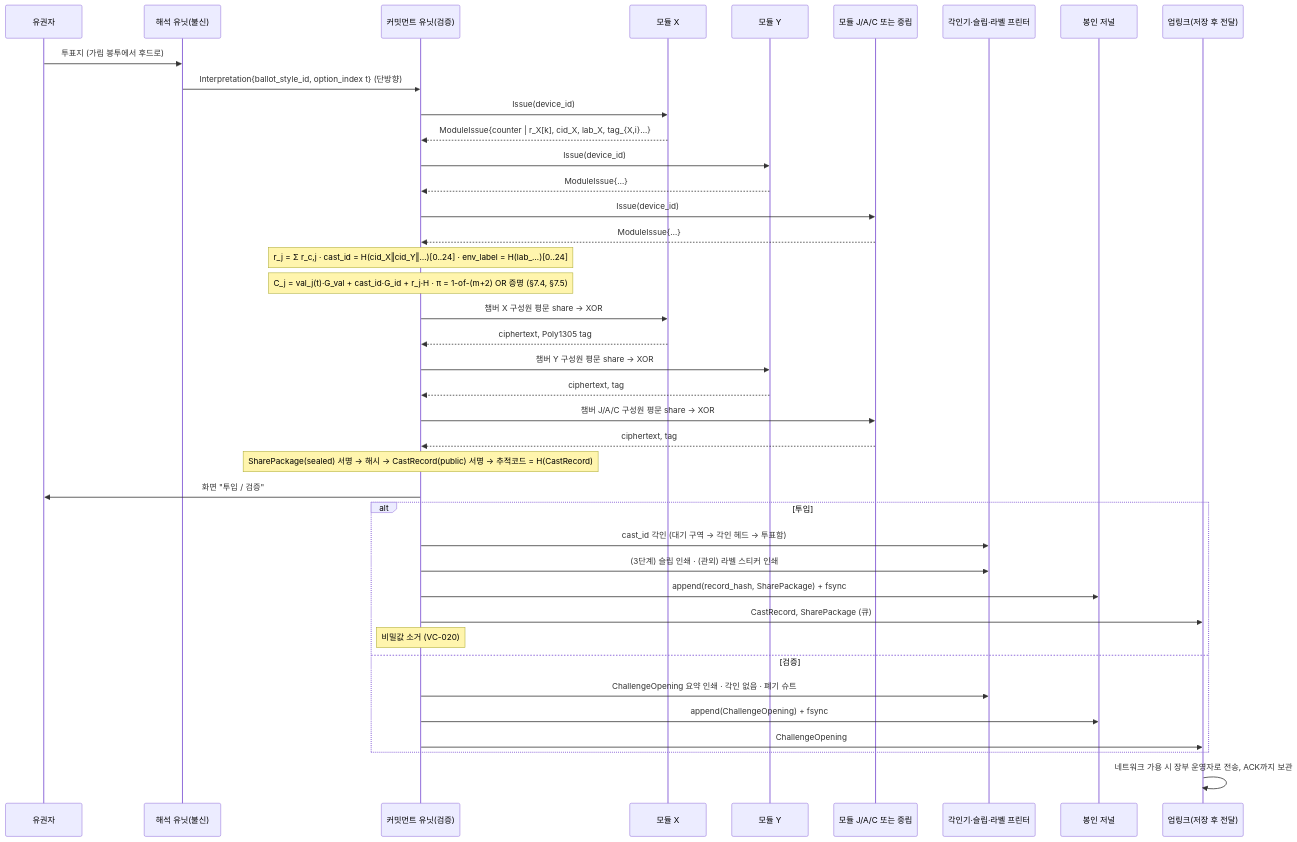
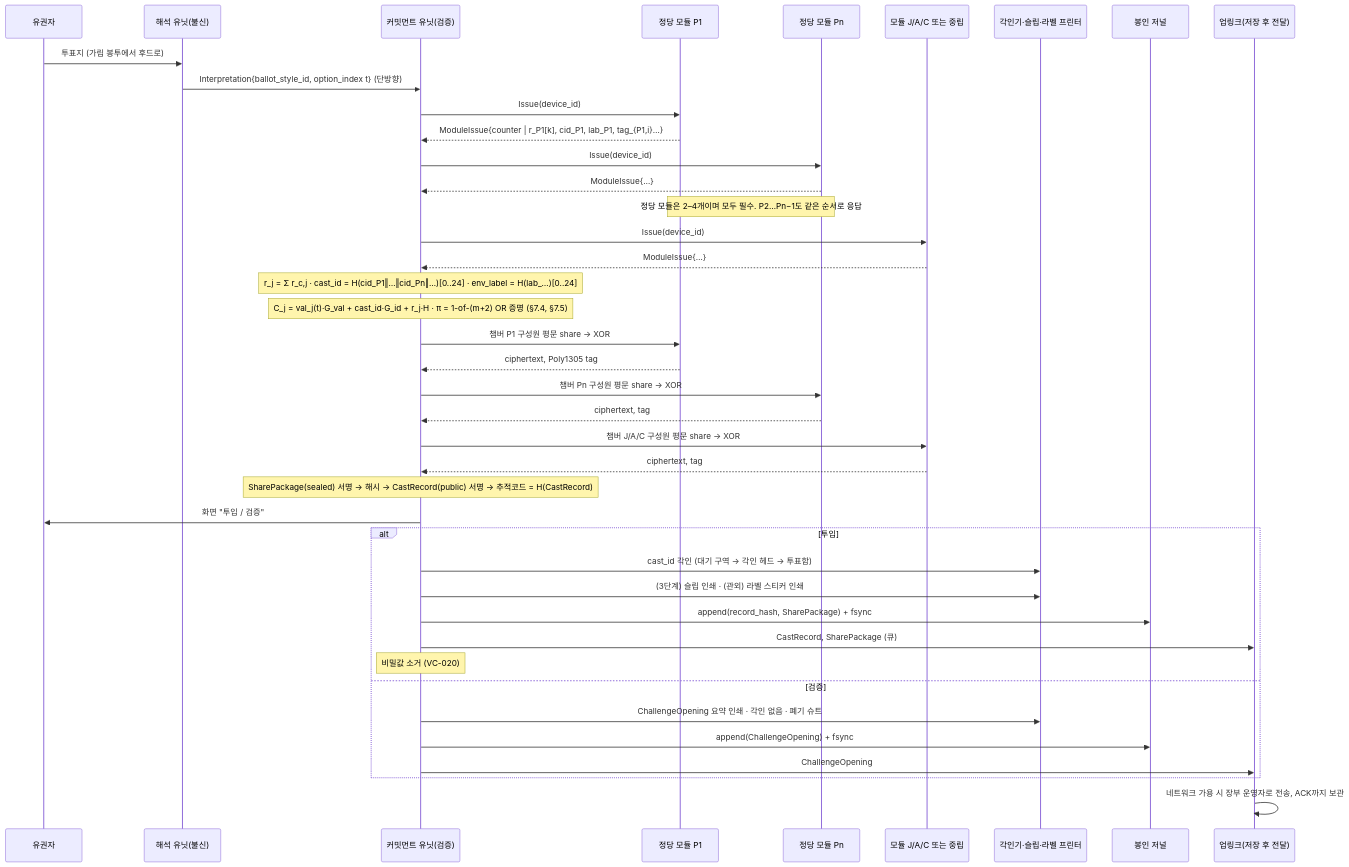
Before and after one commit to dudueul/ityv: the first of 13 diagrams in docs/processing/PROCESSING_FLOWS.md, drawn with Mermaid. The commit also changed other lines of this file and 15 other files, not shown here.

````diff
--- a/docs/processing/PROCESSING_FLOWS.md
+++ b/docs/processing/PROCESSING_FLOWS.md
@@ -9,42 +9,43 @@
 ```mermaid
 sequenceDiagram
     participant V as 유권자
     participant I as 해석 유닛(불신)
     participant U as 커밋먼트 유닛(검증)
-    participant MX as 모듈 X
-    participant MY as 모듈 Y
+    participant M1 as 정당 모듈 P1
+    participant Mn as 정당 모듈 Pn
     participant MN as 모듈 J/A/C 또는 중립
     participant P as 각인기·슬립·라벨 프린터
     participant J as 봉인 저널
     participant L as 업링크(저장 후 전달)
     V->>I: 투표지 (가림 봉투에서 후드로)
     I->>U: Interpretation{ballot_style_id, option_index t} (단방향)
-    U->>MX: Issue(device_id)
-    MX-->>U: ModuleIssue{counter | r_X[k], cid_X, lab_X, tag_{X,i}…}
-    U->>MY: Issue(device_id)
-    MY-->>U: ModuleIssue{…}
+    U->>M1: Issue(device_id)
+    M1-->>U: ModuleIssue{counter | r_P1[k], cid_P1, lab_P1, tag_{P1,i}…}
+    U->>Mn: Issue(device_id)
+    Mn-->>U: ModuleIssue{…}
+    Note over M1,Mn: 정당 모듈은 2–4개이며 모두 필수. P2…Pn−1도 같은 순서로 응답
     U->>MN: Issue(device_id)
     MN-->>U: ModuleIssue{…}
-    Note over U: r_j = Σ r_c,j · cast_id = H(cid_X‖cid_Y‖…)[0..24] · env_label = H(lab_…)[0..24]
+    Note over U: r_j = Σ r_c,j · cast_id = H(cid_P1‖…‖cid_Pn‖…)[0..24] · env_label = H(lab_…)[0..24]
     Note over U: C_j = val_j(t)·G_val + cast_id·G_id + r_j·H · π = 1-of-(m+2) OR 증명 (§7.4, §7.5)
-    U->>MX: 챔버 X 구성원 평문 share → XOR
-    MX-->>U: ciphertext, Poly1305 tag
-    U->>MY: 챔버 Y 구성원 평문 share → XOR
-    MY-->>U: ciphertext, tag
+    U->>M1: 챔버 P1 구성원 평문 share → XOR
+    M1-->>U: ciphertext, Poly1305 tag
+    U->>Mn: 챔버 Pn 구성원 평문 share → XOR
+    Mn-->>U: ciphertext, tag
     U->>MN: 챔버 J/A/C 구성원 평문 share → XOR
     MN-->>U: ciphertext, tag
     Note over U: SharePackage(sealed) 서명 → 해시 → CastRecord(public) 서명 → 추적코드 = H(CastRecord)
     U->>V: 화면 "투입 / 검증"
     alt 투입
         U->>P: cast_id 각인 (대기 구역 → 각인 헤드 → 투표함)
         U->>P: (3단계) 슬립 인쇄 · (관외) 라벨 스티커 인쇄
         U->>J: append(record_hash, SharePackage) + fsync
         U->>L: CastRecord, SharePackage (큐)
         Note over U: 비밀값 소거 (VC-020)
     else 검증
         U->>P: ChallengeOpening 요약 인쇄 · 각인 없음 · 폐기 슈트
         U->>J: append(ChallengeOpening) + fsync
         U->>L: ChallengeOpening
     end
     L->>L: 네트워크 가용 시 장부 운영자로 전송, ACK까지 보관
 ```
````
